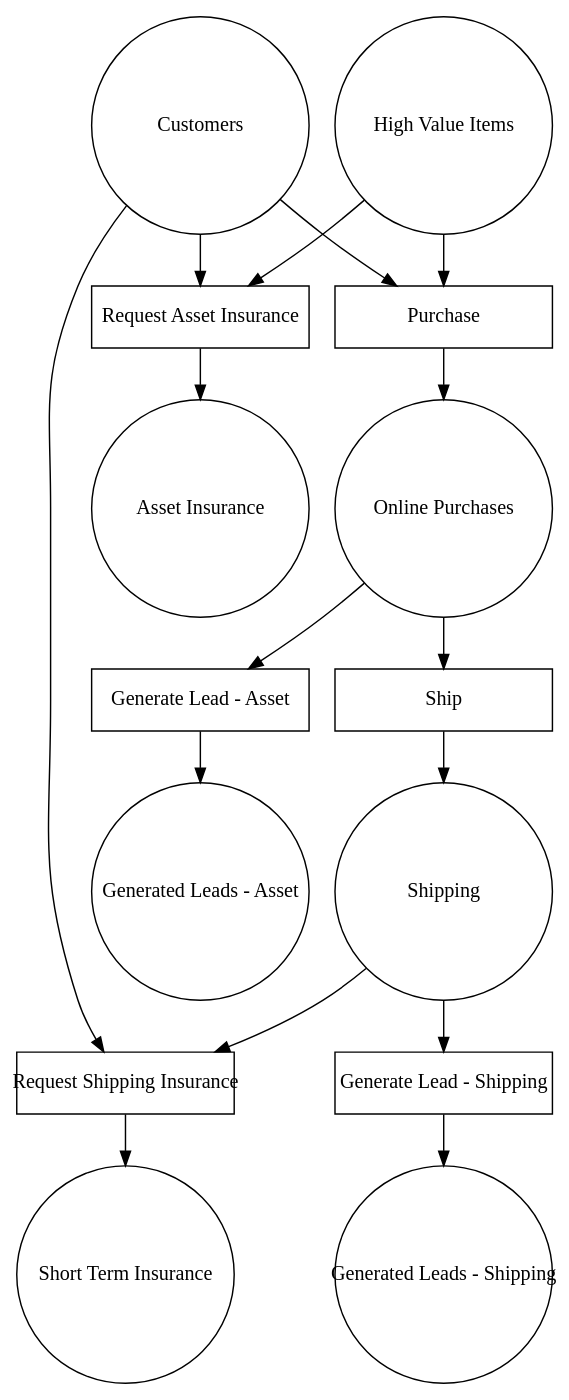
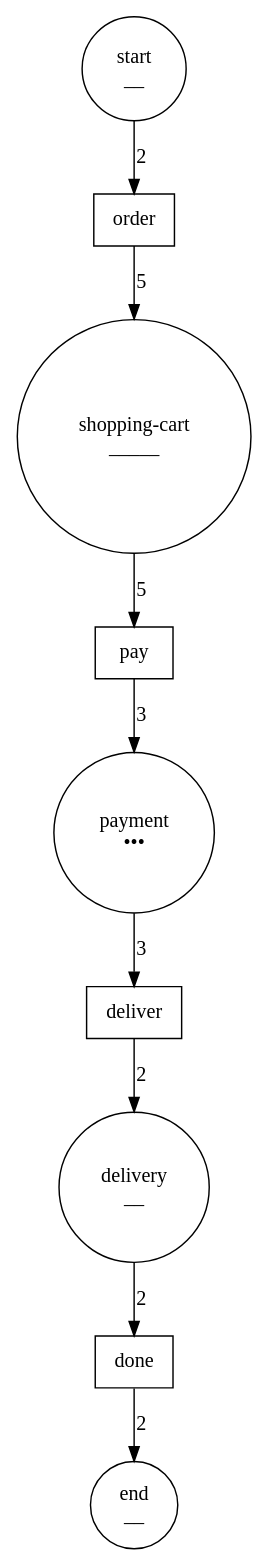
Before and after one commit to iandebeer/gleibnif: the diagram in petrinet2.dot, drawn with Graphviz. The commit also changed 14 other files, not shown here.

```diff
--- a/petrinet2.dot
+++ b/petrinet2.dot
@@ -1,41 +1,20 @@
-digraph petri_net {
-  rankdir = TD;
-  node [shape=circle, fixedsize=true, width=2.1];
+digraph G {
+0 [label="payment\n•••\n" shape=circle]
+1 [label="end\n__\n" shape=circle]
+2 [label="order" shape=box]
+3 [label="pay" shape=box]
+4 [label="shopping-cart\n_____\n" shape=circle]
+5 [label="done" shape=box]
+6 [label="delivery\n__\n" shape=circle]
+7 [label="start\n__\n" shape=circle]
+8 [label="deliver" shape=box]
 
-  // Places
-  place_customers [label="Customers"];
-  place_high_value_items [label="High Value Items"];
-  place_online_purchases [label="Online Purchases"];
-  place_shipping [label="Shipping"];
-  place_generated_leads_shipping [label="Generated Leads - Shipping"];
-  place_generated_leads_asset [label="Generated Leads - Asset"];
-  place_short_term_insurance [label="Short Term Insurance"];
-  place_asset_insurance [label="Asset Insurance"];
-
-  // Transitions
-  node [shape=rectangle, fixedsize=true, width=2.1, height=0.6];
-
-  transition_purchase [label="Purchase"];
-  transition_ship [label="Ship"];
-  transition_generate_lead_shipping [label="Generate Lead - Shipping"];
-  transition_generate_lead_asset [label="Generate Lead - Asset"];
-  transition_request_shipping_insurance [label="Request Shipping Insurance"];
-  transition_request_asset_insurance [label="Request Asset Insurance"];
-
-  // Arcs
-  place_customers -> transition_purchase;
-  place_high_value_items -> transition_purchase;
-  transition_purchase -> place_online_purchases;
-  place_online_purchases -> transition_ship;
-  place_online_purchases -> transition_generate_lead_asset;
-  transition_ship -> place_shipping;
-  place_shipping -> transition_generate_lead_shipping;
-  transition_generate_lead_shipping -> place_generated_leads_shipping;
-  transition_generate_lead_asset -> place_generated_leads_asset;
-  place_customers -> transition_request_shipping_insurance;
-  place_shipping -> transition_request_shipping_insurance;
-  transition_request_shipping_insurance -> place_short_term_insurance;
-  place_customers -> transition_request_asset_insurance;
-  place_high_value_items -> transition_request_asset_insurance;
-  transition_request_asset_insurance -> place_asset_insurance;
+0 -> 8 [label="3" ] 
+2 -> 4 [label="5" ] 
+3 -> 0 [label="3" ] 
+4 -> 3 [label="5" ] 
+5 -> 1 [label="2" ] 
+6 -> 5 [label="2" ] 
+7 -> 2 [label="2" ] 
+8 -> 6 [label="2" ] 
 }
```
